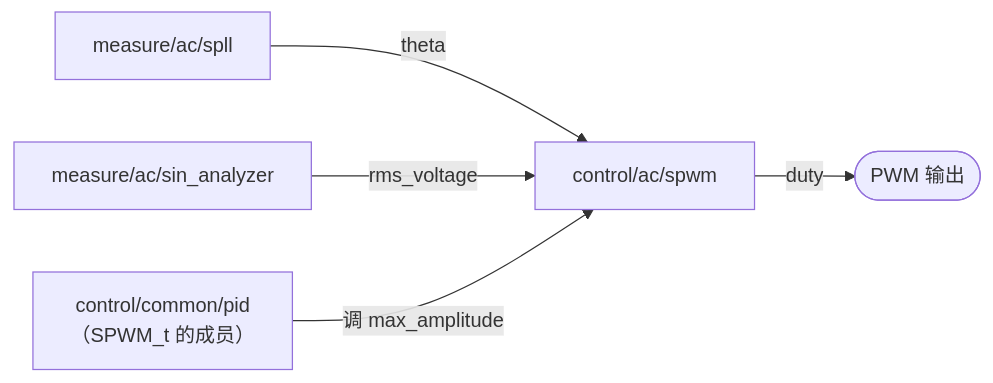
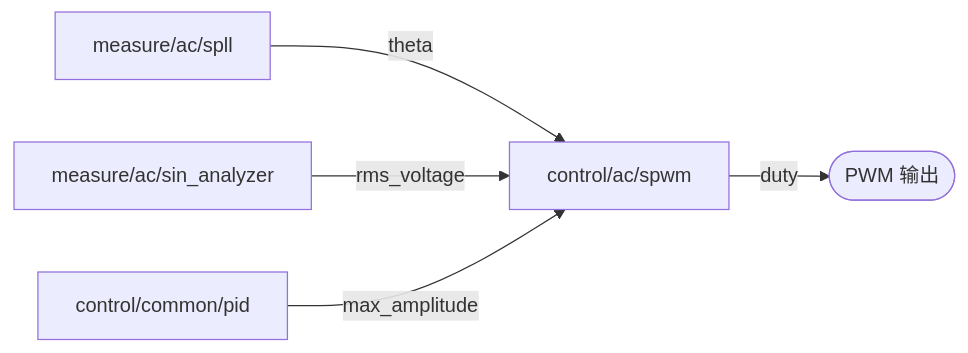
The third of 3 diagrams in README.md (Gold-RsC/diansai_learning), drawn with Mermaid before and after one commit. The commit also changed other lines of this file, not shown here.

First line of the commit message:
docs: README 依赖图简化

````diff
--- a/README.md
+++ b/README.md
@@ -145,7 +78,7 @@
 ```mermaid
 flowchart LR
-    SPL["measure/ac/spll"] -->|theta| SW["control/ac/spwm"]
-    SA["measure/ac/sin_analyzer"] -->|rms_voltage| SW
-    SW -->|duty| PWM(["PWM 输出"])
-    PI["control/common/pid<br/>（SPWM_t 的成员）"] -->|调 max_amplitude| SW
+    SPLL["measure/ac/spll"] -->|theta| SW["control/ac/spwm"]
+    SIN["measure/ac/sin_analyzer"] -->|rms_voltage| SW
+    PID["control/common/pid"] -->|max_amplitude| SW
+    SW -->|duty| OUT(["PWM 输出"])
 ```
````
